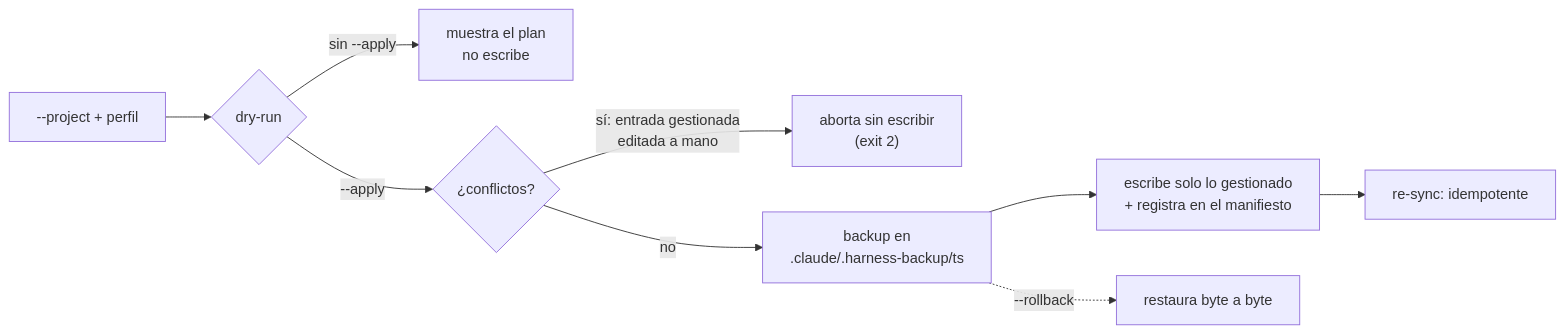
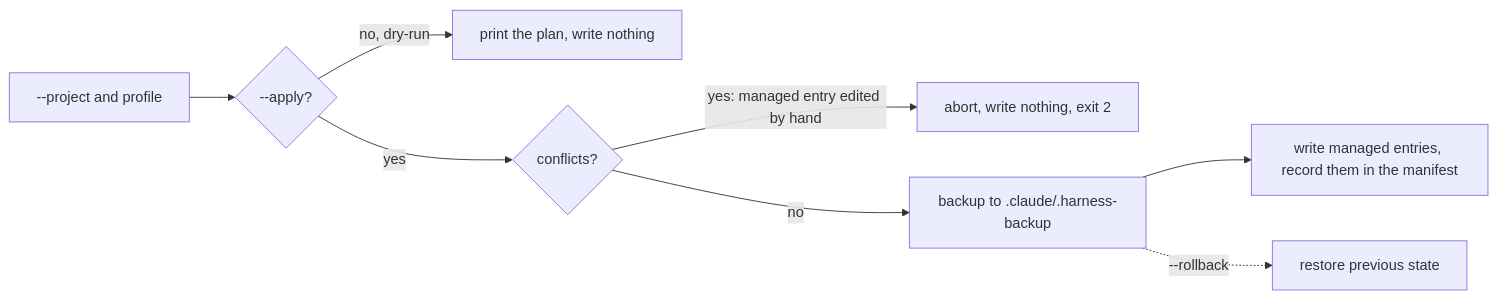
One commit to MarBlanco/ClaudeCode-agentes-skills changed the third of 3 diagrams in README.md. Above: the diagram before and after it, drawn with Mermaid. The commit also changed other lines of this file, not shown here.

````diff
--- a/README.md
+++ b/README.md
@@ -115,11 +163,10 @@
 ```mermaid
 flowchart LR
-  A["--project + perfil"] --> B{"dry-run"}
-  B -->|"sin --apply"| P["muestra el plan<br/>no escribe"]
-  B -->|"--apply"| C{"¿conflictos?"}
-  C -->|"sí: entrada gestionada<br/>editada a mano"| X["aborta sin escribir<br/>(exit 2)"]
-  C -->|"no"| D["backup en<br/>.claude/.harness-backup/ts"]
-  D --> E["escribe solo lo gestionado<br/>+ registra en el manifiesto"]
-  E --> F["re-sync: idempotente"]
-  D -.->|"--rollback"| G["restaura byte a byte"]
+  A["--project and profile"] --> B{"--apply?"}
+  B -->|"no, dry-run"| P["print the plan, write nothing"]
+  B -->|"yes"| C{"conflicts?"}
+  C -->|"yes: managed entry edited by hand"| X["abort, write nothing, exit 2"]
+  C -->|"no"| D["backup to .claude/.harness-backup"]
+  D --> E["write managed entries, record them in the manifest"]
+  D -.->|"--rollback"| G["restore previous state"]
 ```
````
